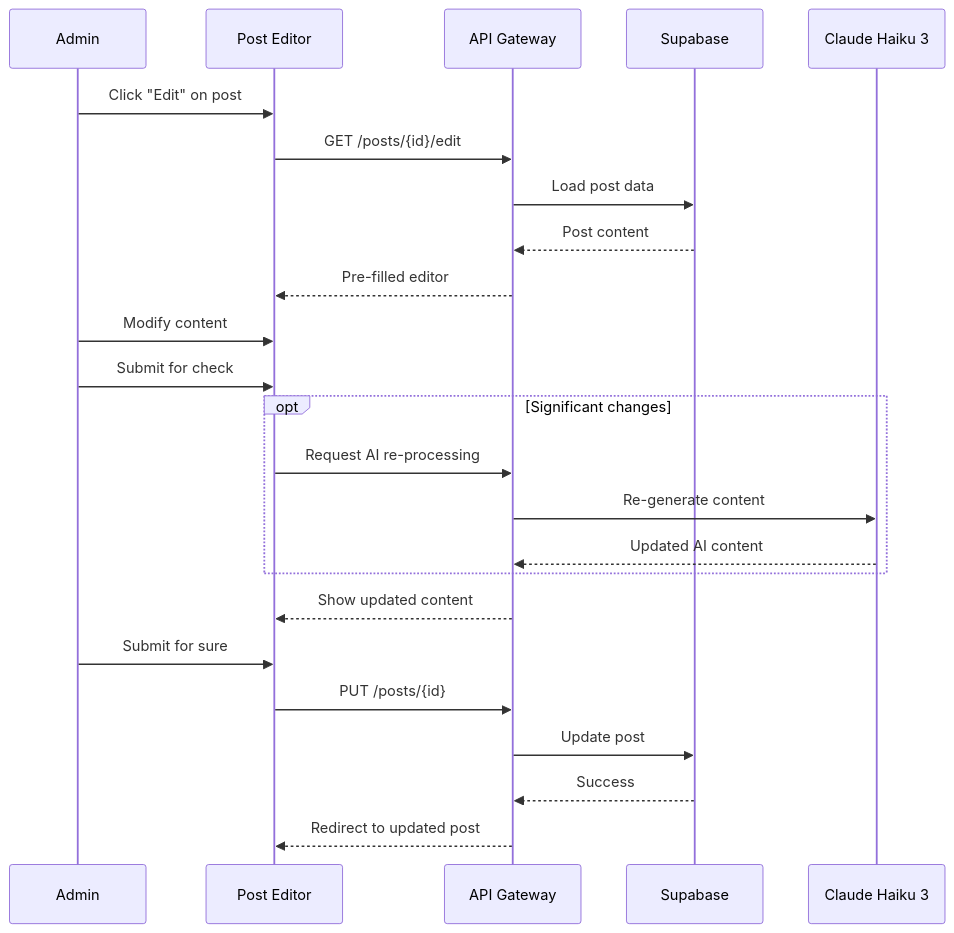
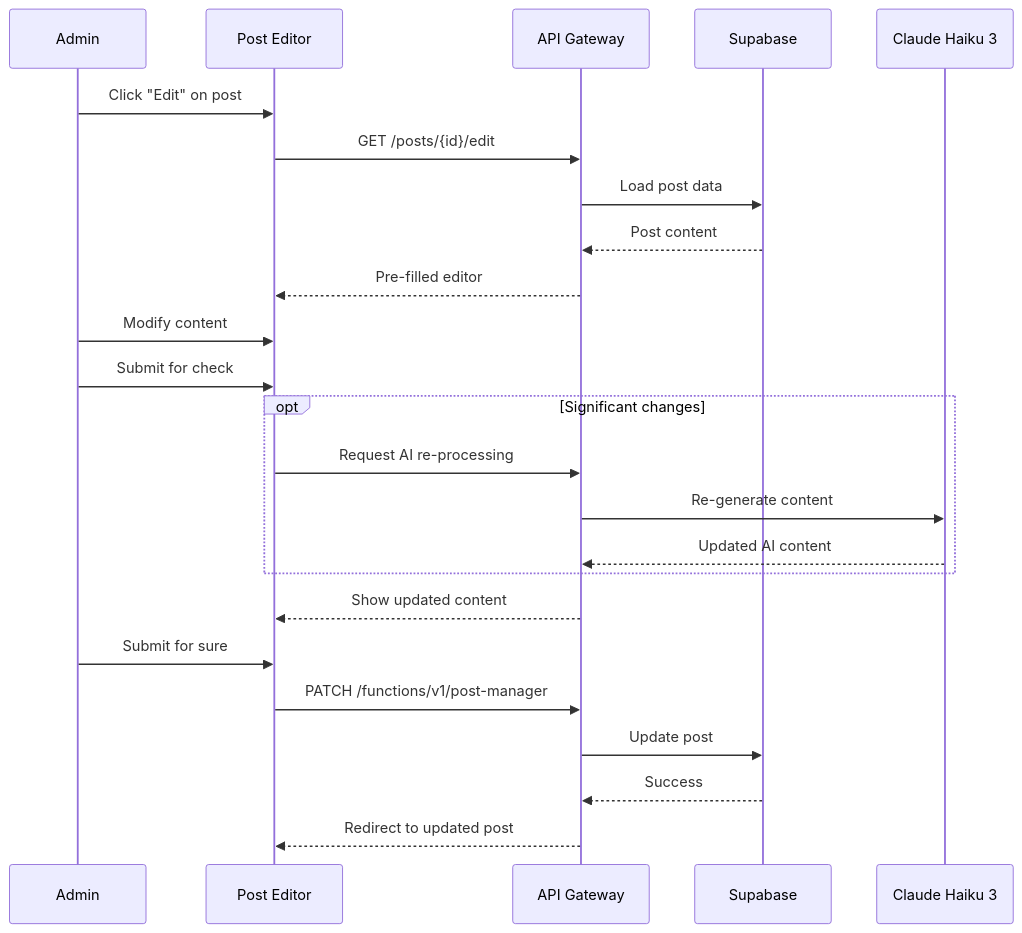
The second of 6 diagrams in prd/02-content-management.md (jkjan/nowhereland), drawn with Mermaid before and after one commit. The commit also changed other lines of this file and 18 other files, not shown here.

````diff
--- a/prd/02-content-management.md
+++ b/prd/02-content-management.md
@@ -137,30 +138,30 @@
 ```mermaid
 sequenceDiagram
     participant A as Admin
     participant UI as Post Editor
     participant API as API Gateway
     participant SUPA as Supabase
     participant AI as Claude Haiku 3
     
     A->>UI: Click "Edit" on post
     UI->>API: GET /posts/{id}/edit
     API->>SUPA: Load post data
     SUPA-->>API: Post content
     API-->>UI: Pre-filled editor
     
     A->>UI: Modify content
     A->>UI: Submit for check
     
     opt Significant changes
         UI->>API: Request AI re-processing
         API->>AI: Re-generate content
         AI-->>API: Updated AI content
     end
     
     API-->>UI: Show updated content
     A->>UI: Submit for sure
-    UI->>API: PUT /posts/{id}
+    UI->>API: PATCH /functions/v1/post-manager
     API->>SUPA: Update post
     SUPA-->>API: Success
     API-->>UI: Redirect to updated post
 ```
````
